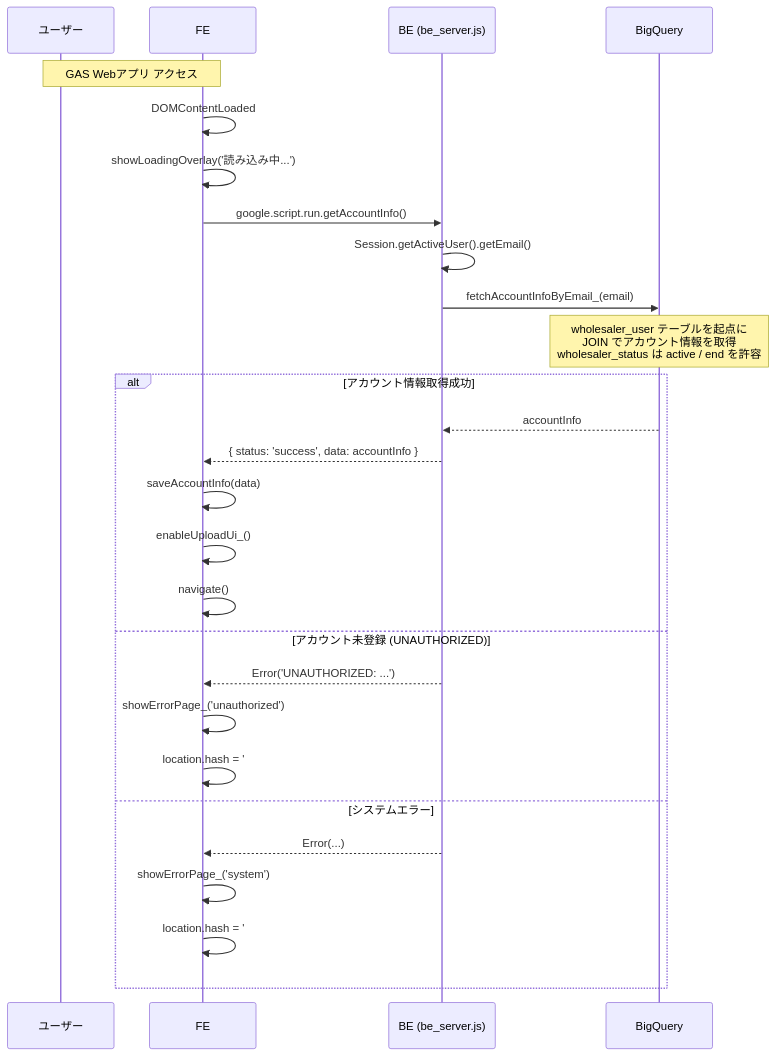
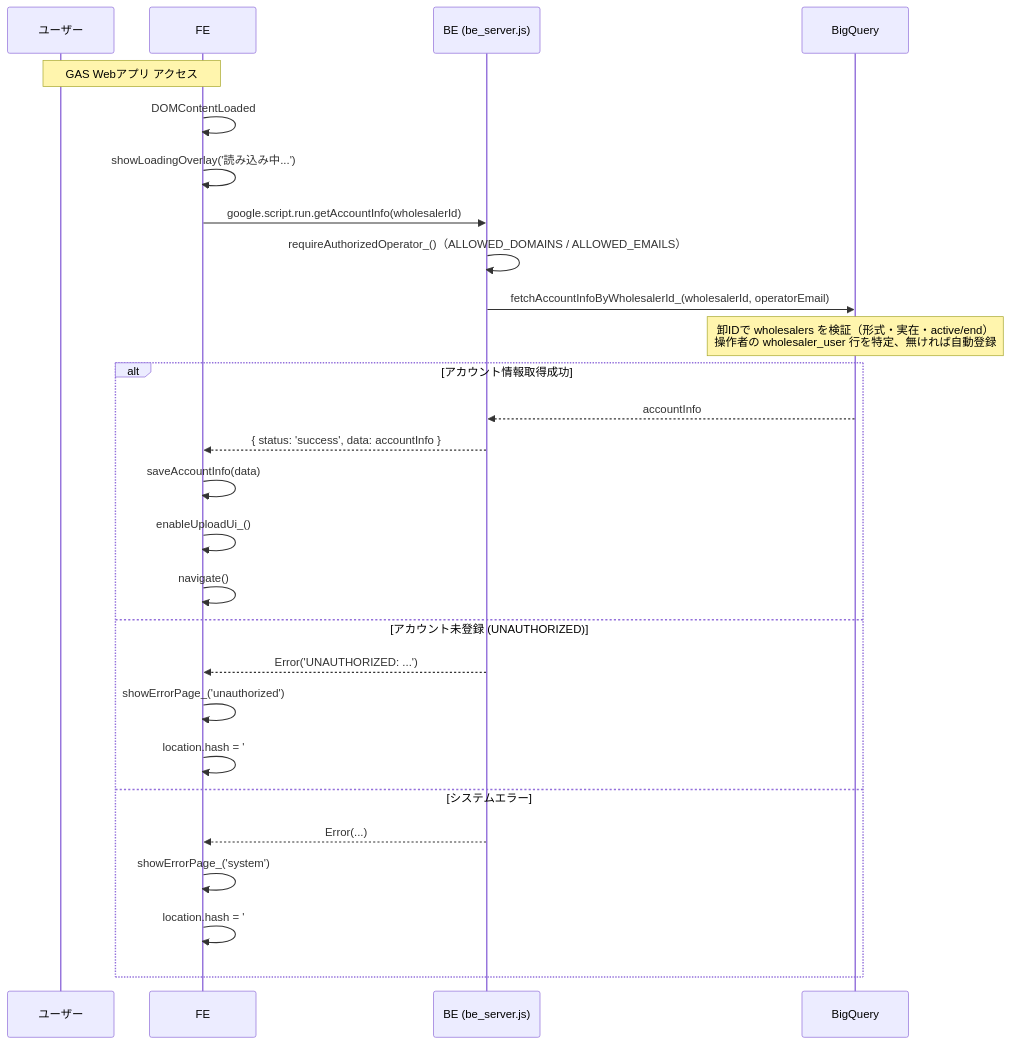
Before and after one commit to USEN-PAY-Products/connect-wholesale-gas-poc: the sixth of 13 diagrams in docs/specifications/05_common.md, drawn with Mermaid. The commit also changed other lines of this file and 4 other files, not shown here.

````diff
--- a/docs/specifications/05_common.md
+++ b/docs/specifications/05_common.md
@@ -231,32 +231,32 @@
 ```mermaid
 sequenceDiagram
     participant U as ユーザー
     participant FE as FE
     participant BE as BE (be_server.js)
     participant BQ as BigQuery
 
     Note over U,FE: GAS Webアプリ アクセス
     FE->>FE: DOMContentLoaded
     FE->>FE: showLoadingOverlay('読み込み中...')
 
-    FE->>BE: google.script.run.getAccountInfo()
-    BE->>BE: Session.getActiveUser().getEmail()
-    BE->>BQ: fetchAccountInfoByEmail_(email)
-    Note over BQ: wholesaler_user テーブルを起点に<br/>JOIN でアカウント情報を取得<br/>wholesaler_status は active / end を許容
+    FE->>BE: google.script.run.getAccountInfo(wholesalerId)
+    BE->>BE: requireAuthorizedOperator_()（ALLOWED_DOMAINS / ALLOWED_EMAILS）
+    BE->>BQ: fetchAccountInfoByWholesalerId_(wholesalerId, operatorEmail)
+    Note over BQ: 卸IDで wholesalers を検証（形式・実在・active/end）<br/>操作者の wholesaler_user 行を特定、無ければ自動登録
 
     alt アカウント情報取得成功
         BQ-->>BE: accountInfo
         BE-->>FE: { status: 'success', data: accountInfo }
         FE->>FE: saveAccountInfo(data)
         FE->>FE: enableUploadUi_()
         FE->>FE: navigate()
     else アカウント未登録 (UNAUTHORIZED)
         BE-->>FE: Error('UNAUTHORIZED: ...')
         FE->>FE: showErrorPage_('unauthorized')
         FE->>FE: location.hash = '#error'
     else システムエラー
         BE-->>FE: Error(...)
         FE->>FE: showErrorPage_('system')
         FE->>FE: location.hash = '#error'
     end
 ```
````
